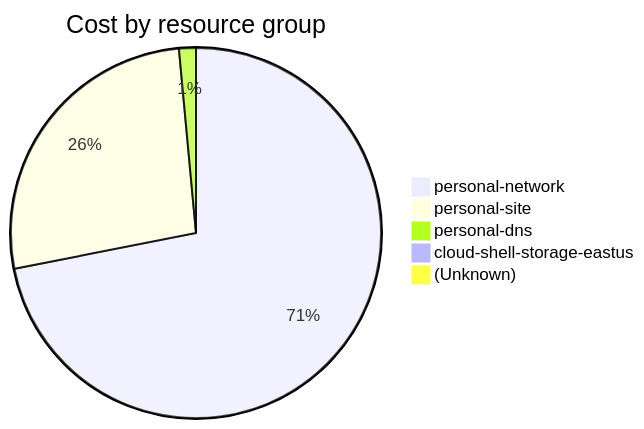
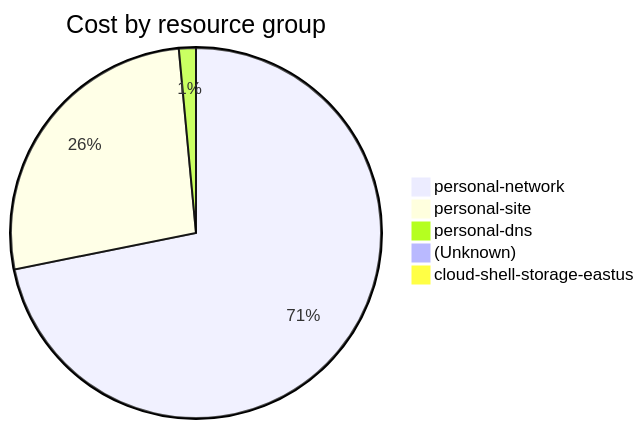
One commit to jpfulton/azure-personal-reports changed the fourth of 4 diagrams in cost-reports/accumulated-cost.md. Above: the diagram before and after it, drawn with Mermaid. The commit also changed other lines of this file and 4 other files, not shown here.

````diff
--- a/cost-reports/accumulated-cost.md
+++ b/cost-reports/accumulated-cost.md
@@ -155,9 +155,9 @@
 ```mermaid
 pie
    title Cost by resource group
-   "personal-network" : 12.69
-   "personal-site" : 4.70
-   "personal-dns" : 0.26
-   "cloud-shell-storage-eastus" : 0.08
-   "(Unknown)" : 0.07
+   "personal-network" : 14.06
+   "personal-site" : 5.22
+   "personal-dns" : 0.29
+   "(Unknown)" : 0.09
+   "cloud-shell-storage-eastus" : 0.09
 ```
````
